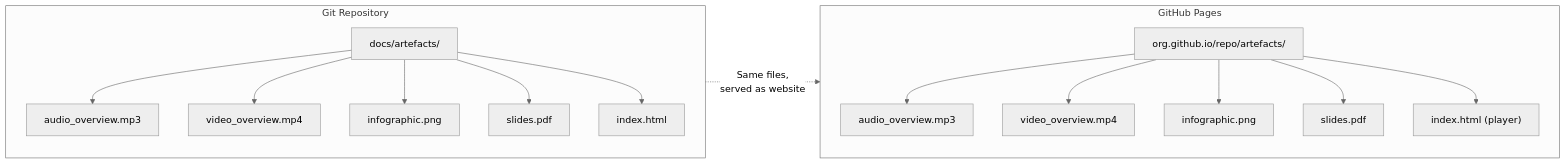
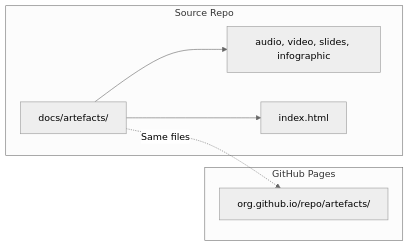
One commit to NetDevAutomate/notebooklm-repo-artefacts changed the second of 6 diagrams in docs/how-it-works.md. Above: the diagram before and after it, drawn with Mermaid (neutral theme). The commit also changed other lines of this file and 12 other files, not shown here.

````diff
--- a/docs/how-it-works.md
+++ b/docs/how-it-works.md
@@ -30,24 +35,12 @@
 ```mermaid
 graph LR
-    subgraph "Git Repository"
-        direction TB
+    subgraph "Source Repo"
         R[docs/artefacts/]
-        R --> A1[audio_overview.mp3]
-        R --> A2[video_overview.mp4]
-        R --> A3[infographic.png]
-        R --> A4[slides.pdf]
+        R --> A1[audio, video, slides, infographic]
         R --> A5[index.html]
     end
-
     subgraph "GitHub Pages"
-        direction TB
         P["org.github.io/repo/artefacts/"]
-        P --> B1[audio_overview.mp3]
-        P --> B2[video_overview.mp4]
-        P --> B3[infographic.png]
-        P --> B4[slides.pdf]
-        P --> B5["index.html (player)"]
     end
-
-    R -.->|"Same files,<br/>served as website"| P
+    R -.->|"Same files"| P
 ```
````
